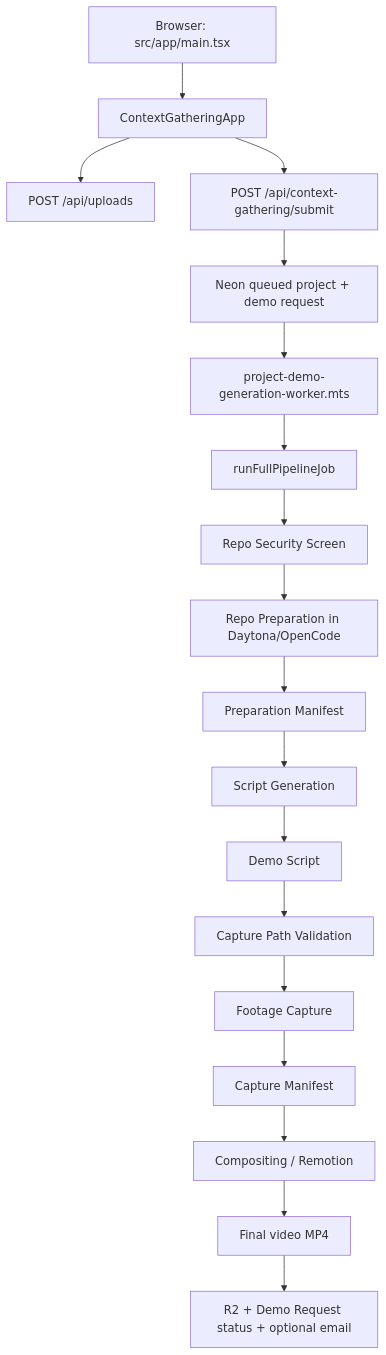
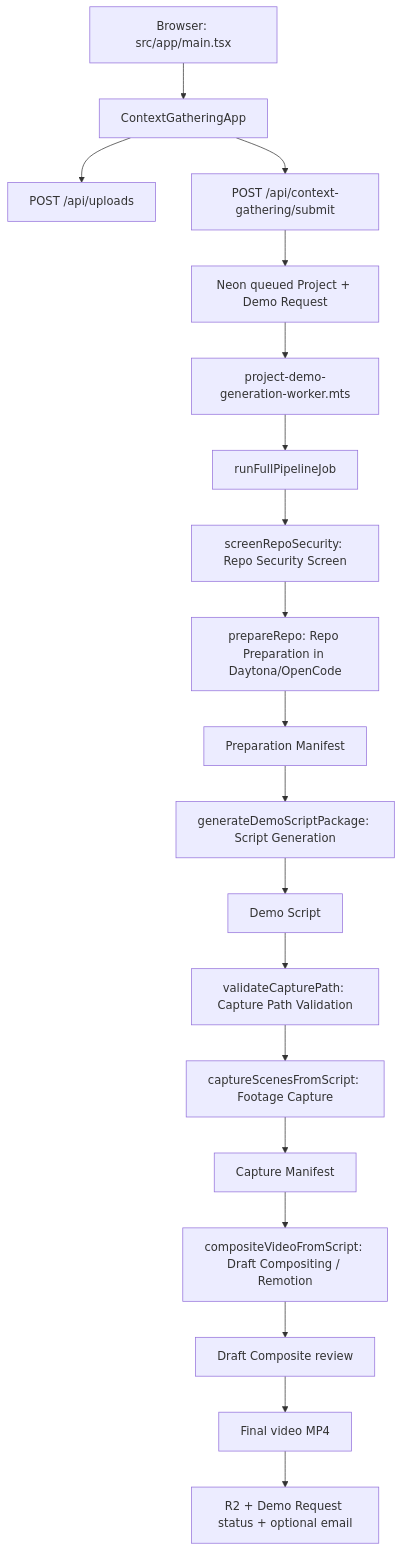
One commit to AnqiQu/make-a-demo changed the diagram in docs/codebase-guide/generated/main-pipeline-flow.mmd. Above: the diagram before and after it, drawn with Mermaid. The commit also changed 10 other files, not shown here.

```diff
--- a/docs/codebase-guide/generated/main-pipeline-flow.mmd
+++ b/docs/codebase-guide/generated/main-pipeline-flow.mmd
@@ -1,18 +1,19 @@
 flowchart TD
   A[Browser: src/app/main.tsx] --> B[ContextGatheringApp]
   B --> C[POST /api/uploads]
   B --> D[POST /api/context-gathering/submit]
-  D --> E[Neon queued project + demo request]
+  D --> E[Neon queued Project + Demo Request]
   E --> F[project-demo-generation-worker.mts]
   F --> G[runFullPipelineJob]
-  G --> H[Repo Security Screen]
-  H --> I[Repo Preparation in Daytona/OpenCode]
+  G --> H[screenRepoSecurity: Repo Security Screen]
+  H --> I[prepareRepo: Repo Preparation in Daytona/OpenCode]
   I --> J[Preparation Manifest]
-  J --> K[Script Generation]
+  J --> K[generateDemoScriptPackage: Script Generation]
   K --> L[Demo Script]
-  L --> M[Capture Path Validation]
-  M --> N[Footage Capture]
+  L --> M[validateCapturePath: Capture Path Validation]
+  M --> N[captureScenesFromScript: Footage Capture]
   N --> O[Capture Manifest]
-  O --> P[Compositing / Remotion]
-  P --> Q[Final video MP4]
-  Q --> R[R2 + Demo Request status + optional email]
+  O --> P[compositeVideoFromScript: Draft Compositing / Remotion]
+  P --> Q[Draft Composite review]
+  Q --> R[Final video MP4]
+  R --> S[R2 + Demo Request status + optional email]
```
